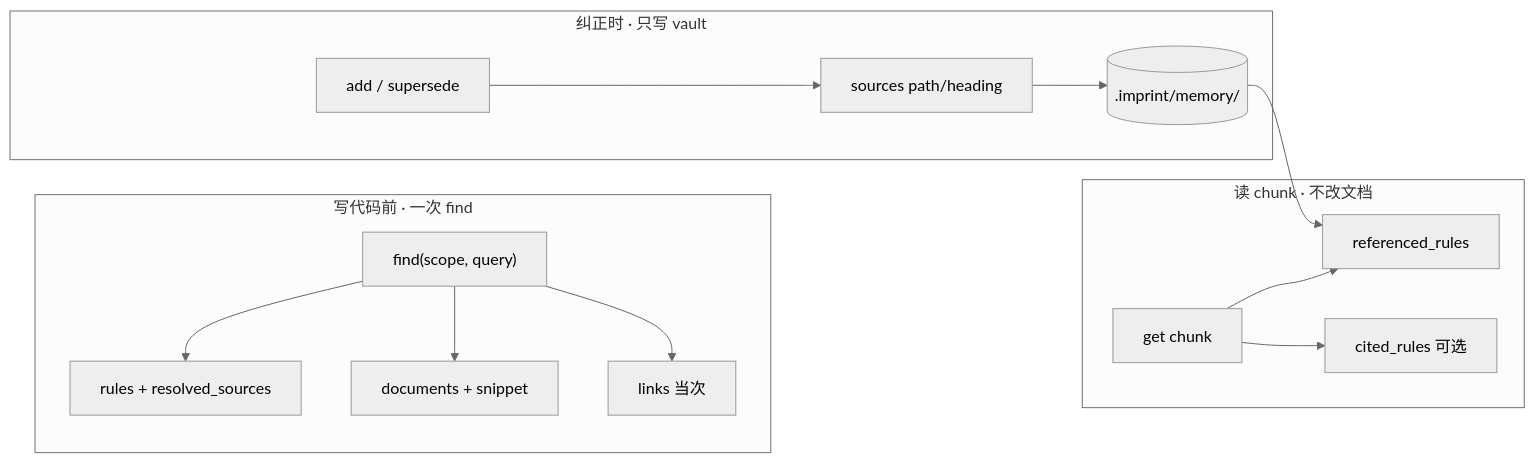
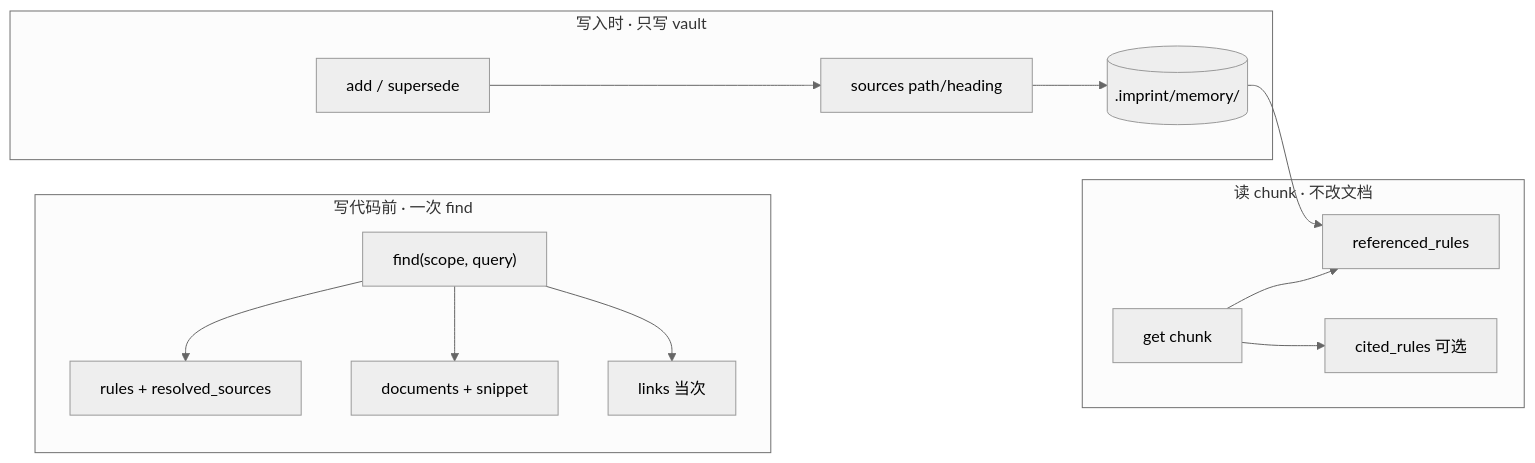
Before and after one commit to SteamedBread2333/imprint: the diagram in docs/shelves-builtin.zh.md, drawn with Mermaid (neutral theme). The commit also changed other lines of this file and 13 other files, not shown here.

````diff
--- a/docs/shelves-builtin.zh.md
+++ b/docs/shelves-builtin.zh.md
@@ -23,21 +23,21 @@
 ```mermaid
 flowchart LR
   subgraph recall [写代码前 · 一次 find]
     F["find(scope, query)"]
     F --> R[rules + resolved_sources]
     F --> D[documents + snippet]
     F --> L[links 当次]
   end
 
-  subgraph persist [纠正时 · 只写 vault]
+  subgraph persist [写入时 · 只写 vault]
     A[add / supersede] --> S[sources path/heading]
     S --> V[(.imprint/memory/)]
   end
 
   subgraph reverse [读 chunk · 不改文档]
     G["get chunk"] --> RR[referenced_rules]
     G --> CR[cited_rules 可选]
   end
 
   V --> RR
 ```
````
